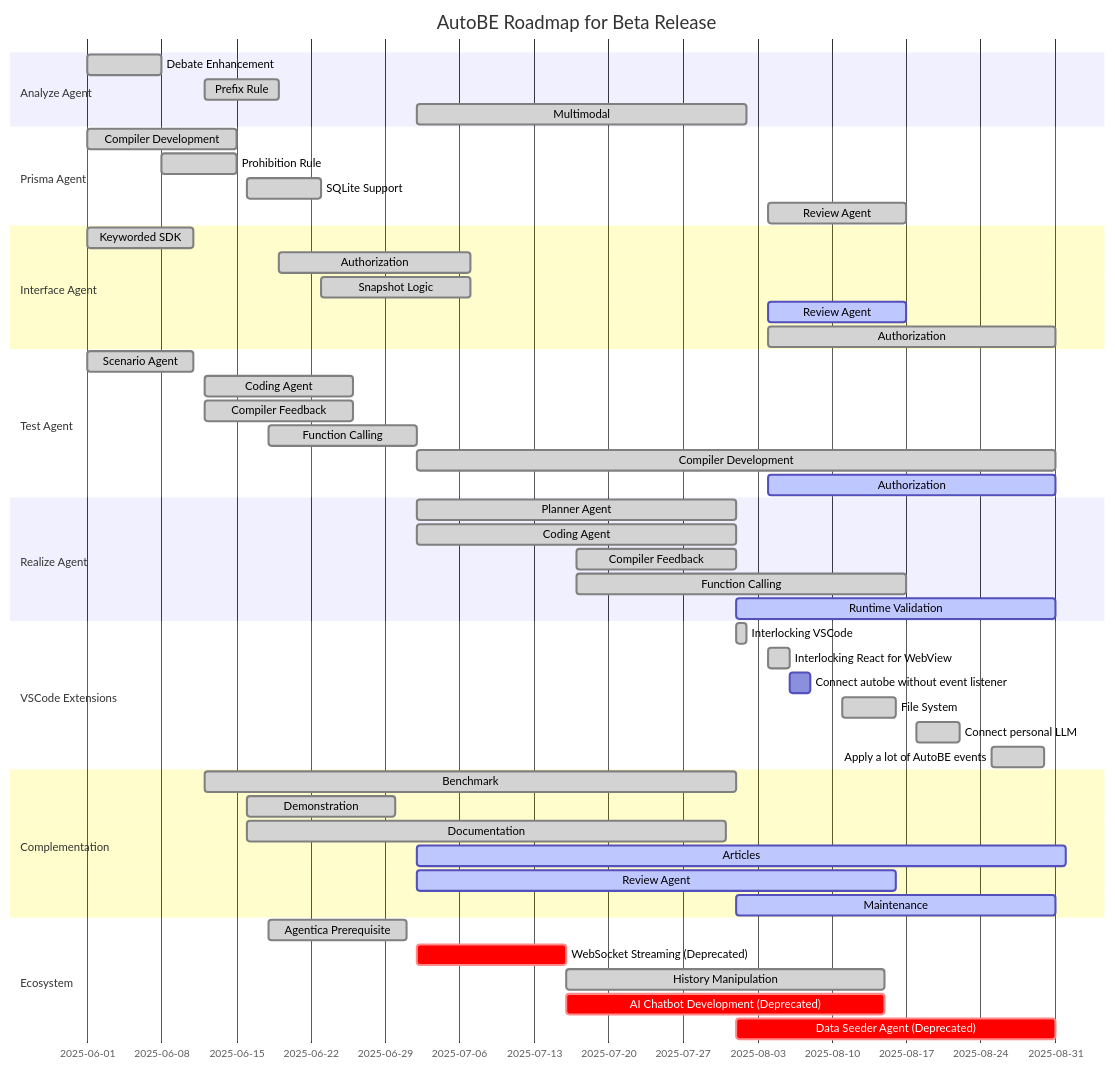
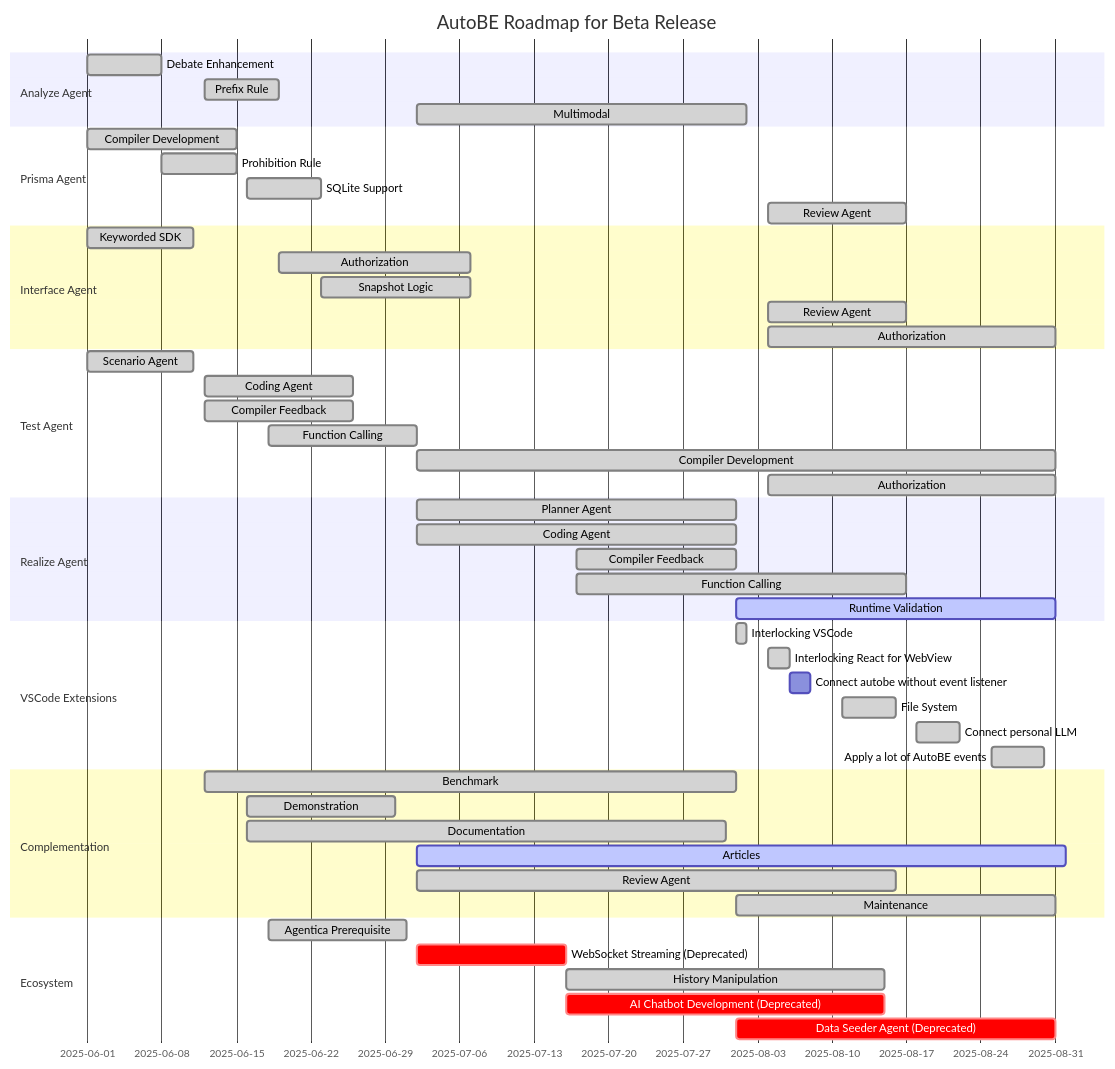
Before and after one commit to RavenView-ai/autobe: the second of 2 diagrams in README.md, drawn with Mermaid.

Commit message:
Update roadmap gantt chart

````diff
--- a/README.md
+++ b/README.md
@@ -181,61 +181,61 @@
 ```mermaid
 gantt
   dateFormat YYYY-MM-DD
   title AutoBE Roadmap for Beta Release
 
   section Analyze Agent
   Debate Enhancement: done, 2025-06-01,  7d
   Prefix Rule:        done, 2025-06-12,  7d
   Multimodal:         done, 2025-07-02, 31d
 
   section Prisma Agent
   Compiler Development: done, 2025-06-01, 14d
   Prohibition Rule:     done, 2025-06-08,  7d
   SQLite Support:       done, 2025-06-16,  7d
   Review Agent:         done, 2025-08-04, 13d
 
   section Interface Agent
-  Keyworded SDK:     done,   2025-06-01, 10d
-  Authorization:     done,   2025-06-19, 18d
-  Snapshot Logic:    done,   2025-06-23, 14d
-  Review Agent:      active, 2025-08-04, 13d
-  Authorization:     done,   2025-08-04, 27d
+  Keyworded SDK:     done, 2025-06-01, 10d
+  Authorization:     done, 2025-06-19, 18d
+  Snapshot Logic:    done, 2025-06-23, 14d
+  Review Agent:      done, 2025-08-04, 13d
+  Authorization:     done, 2025-08-04, 27d
 
   section Test Agent
-  Scenario Agent:         done, 2025-06-01, 10d        
-  Coding Agent:           done, 2025-06-12, 14d
-  Compiler Feedback:      done, 2025-06-12, 14d
-  Function Calling:       done, 2025-06-18, 14d
-  Compiler Development:   done, 2025-07-02, 60d
-  Authorization:        active, 2025-08-04, 27d
+  Scenario Agent:       done, 2025-06-01, 10d        
+  Coding Agent:         done, 2025-06-12, 14d
+  Compiler Feedback:    done, 2025-06-12, 14d
+  Function Calling:     done, 2025-06-18, 14d
+  Compiler Development: done, 2025-07-02, 60d
+  Authorization:        done, 2025-08-04, 27d
 
   section Realize Agent
   Planner Agent:          done, 2025-07-02, 30d
   Coding Agent:           done, 2025-07-02, 30d
   Compiler Feedback:      done, 2025-07-17, 15d
   Function Calling:       done, 2025-07-17, 31d
   Runtime Validation:   active, 2025-08-01, 30d
 
   section VSCode Extensions
   Interlocking VSCode:                   done, 2025-08-01, 1d
   Interlocking React for WebView:        done, 2025-08-04, 2d
   Connect autobe without event listener: planned, 2025-08-06, 2d
   File System:                           done, 2025-08-11, 5d
   Connect personal LLM:                  done, 2025-08-18, 4d
   Apply a lot of AutoBE events:          done, 2025-08-25, 5d 
 
   section Complementation
   Benchmark:     done,   2025-06-12, 50d
   Demonstration: done,   2025-06-16, 14d
   Documentation: done,   2025-06-16, 45d
   Articles:      active, 2025-07-02, 61d
-  Review Agent:  active, 2025-07-02, 45d
-  Maintenance:   active, 2025-08-01, 30d
+  Review Agent:  done,   2025-07-02, 45d
+  Maintenance:   done,   2025-08-01, 30d
 
   section Ecosystem
   Agentica Prerequisite:               done,    2025-06-18, 13d
   WebSocket Streaming (Deprecated):    crit,    2025-07-02, 14d
   History Manipulation:                done,    2025-07-16, 30d
   AI Chatbot Development (Deprecated): crit, 2025-07-16, 30d
   Data Seeder Agent (Deprecated):      crit, 2025-08-01, 30d
 ```
````
